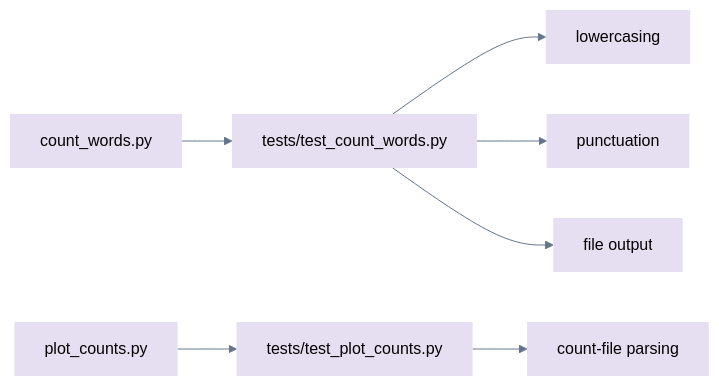
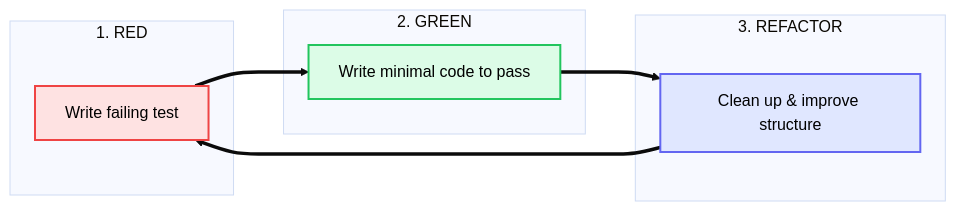
The second of 3 diagrams in sessions/testing.qmd (oist/gecs), drawn with Mermaid before and after one commit. The commit also changed other lines of this file, not shown here.

Commit message:
docs: rewrite session 3 as Code Quality and Testing with TDD and Zipf analysis

````diff
--- a/sessions/testing.qmd
+++ b/sessions/testing.qmd
@@ -107,11 +241,20 @@
 ```{mermaid}
-%%{init: {"flowchart": {"curve": "basis"}, "theme": "base", "themeVariables": {"primaryColor": "#ecfdf5", "primaryBorderColor": "#16a34a", "lineColor": "#64748b", "fontFamily": "Arial"}}}%%
+%%{init: {"flowchart": {"curve": "basis"}, "theme": "base", "themeVariables": {"fontFamily": "Arial"}}}%%
 flowchart LR
-    C[count_words.py]:::unit --> T[tests/test_count_words.py]:::unit
-    P[plot_counts.py]:::unit --> U[tests/test_plot_counts.py]:::unit
-    T --> T1[lowercasing]:::unit
-    T --> T2[punctuation]:::unit
-    T --> T3[file output]:::unit
-    U --> U1[count-file parsing]:::unit
-    classDef unit fill:#e6dff1,stroke:transparent,color:#000
+    subgraph Red["1. RED"]
+        T1["Write failing test"]
+    end
+    subgraph Green["2. GREEN"]
+        T2["Write minimal code to pass"]
+    end
+    subgraph Refactor["3. REFACTOR"]
+        T3["Clean up & improve structure"]
+    end
+    T1 ==> T2 ==> T3 ==> T1
+    classDef redBox fill:#fee2e2,stroke:#ef4444,stroke-width:2px,color:#000
+    classDef greenBox fill:#dcfce7,stroke:#22c55e,stroke-width:2px,color:#000
+    classDef blueBox fill:#e0e7ff,stroke:#6366f1,stroke-width:2px,color:#000
+    class T1 redBox
+    class T2 greenBox
+    class T3 blueBox
 ```
````
